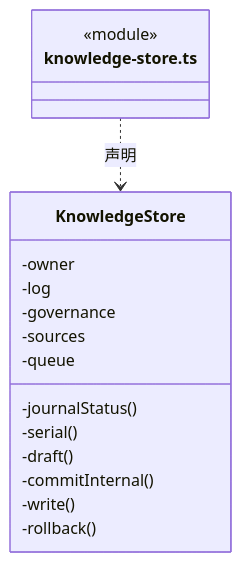
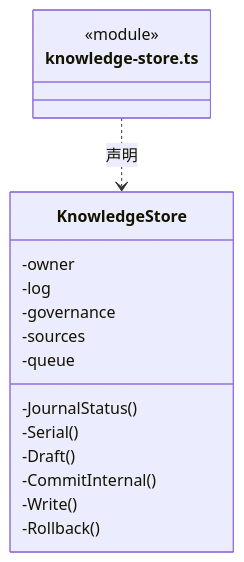
The fourth of 9 diagrams in src/logic/knowledge/storage/ARCHITECTURE.md (nan023062/cbim), drawn with Mermaid before and after one commit. The commit also changed other lines of this file and 1035 other files, not shown here.

````diff
--- a/src/logic/knowledge/storage/ARCHITECTURE.md
+++ b/src/logic/knowledge/storage/ARCHITECTURE.md
@@ -153,20 +153,20 @@
 ```mermaid
 classDiagram
 class N_src_logic_knowledge_storage_knowledge_store_ts["knowledge-store.ts"] {
   <<module>>
 }
 class N_src_logic_knowledge_storage_knowledge_store_ts_KnowledgeStore["KnowledgeStore"] {
   -owner
   -log
   -governance
   -sources
   -queue
-  -journalStatus()
-  -serial()
-  -draft()
-  -commitInternal()
-  -write()
-  -rollback()
+  -JournalStatus()
+  -Serial()
+  -Draft()
+  -CommitInternal()
+  -Write()
+  -Rollback()
 }
 N_src_logic_knowledge_storage_knowledge_store_ts ..> N_src_logic_knowledge_storage_knowledge_store_ts_KnowledgeStore : 声明
 ```
````
